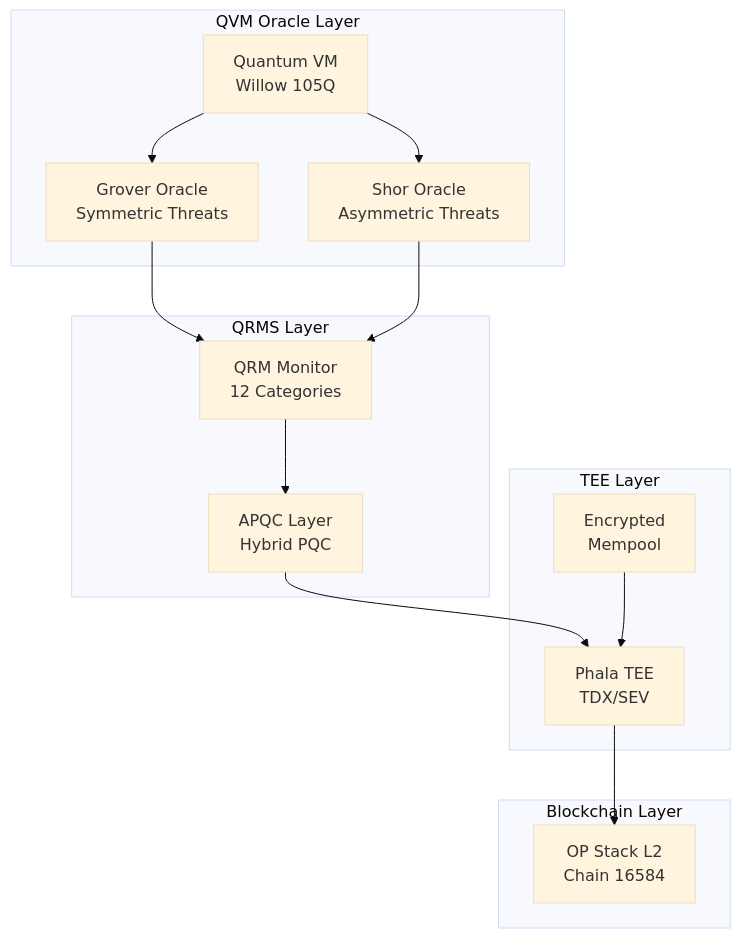
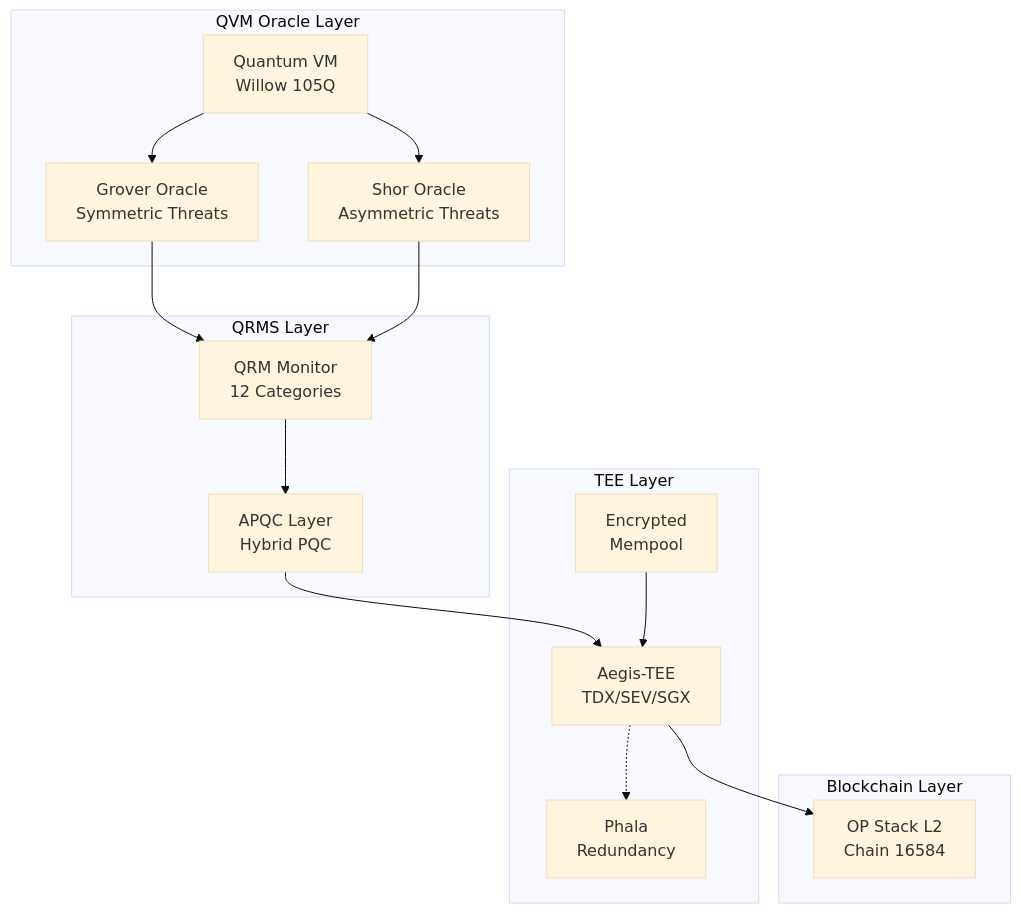
The diagram in README.md (Halo-Labs-xyz/qAegis), drawn with Mermaid (base theme) before and after one commit. The commit also changed other lines of this file and 26 other files, not shown here.

````diff
--- a/README.md
+++ b/README.md
@@ -19,30 +19,32 @@
 ```mermaid
 graph TB
     subgraph QVMLayer["QVM Oracle Layer"]
         QVM["Quantum VM<br/>Willow 105Q"]
         GROVER["Grover Oracle<br/>Symmetric Threats"]
         SHOR["Shor Oracle<br/>Asymmetric Threats"]
         QVM --> GROVER
         QVM --> SHOR
     end
     
     subgraph QRMSLayer["QRMS Layer"]
         QRM["QRM Monitor<br/>12 Categories"]
         APQC["APQC Layer<br/>Hybrid PQC"]
         GROVER --> QRM
         SHOR --> QRM
         QRM --> APQC
     end
     
     subgraph TEELayer["TEE Layer"]
-        TEE["Phala TEE<br/>TDX/SEV"]
+        TEE["Aegis-TEE<br/>TDX/SEV/SGX"]
         MEMPOOL["Encrypted<br/>Mempool"]
+        PHALA["Phala<br/>Redundancy"]
         APQC --> TEE
         MEMPOOL --> TEE
+        TEE -.-> PHALA
     end
     
     subgraph ChainLayer["Blockchain Layer"]
         L2["OP Stack L2<br/>Chain 16584"]
         TEE --> L2
     end
 ```
````
